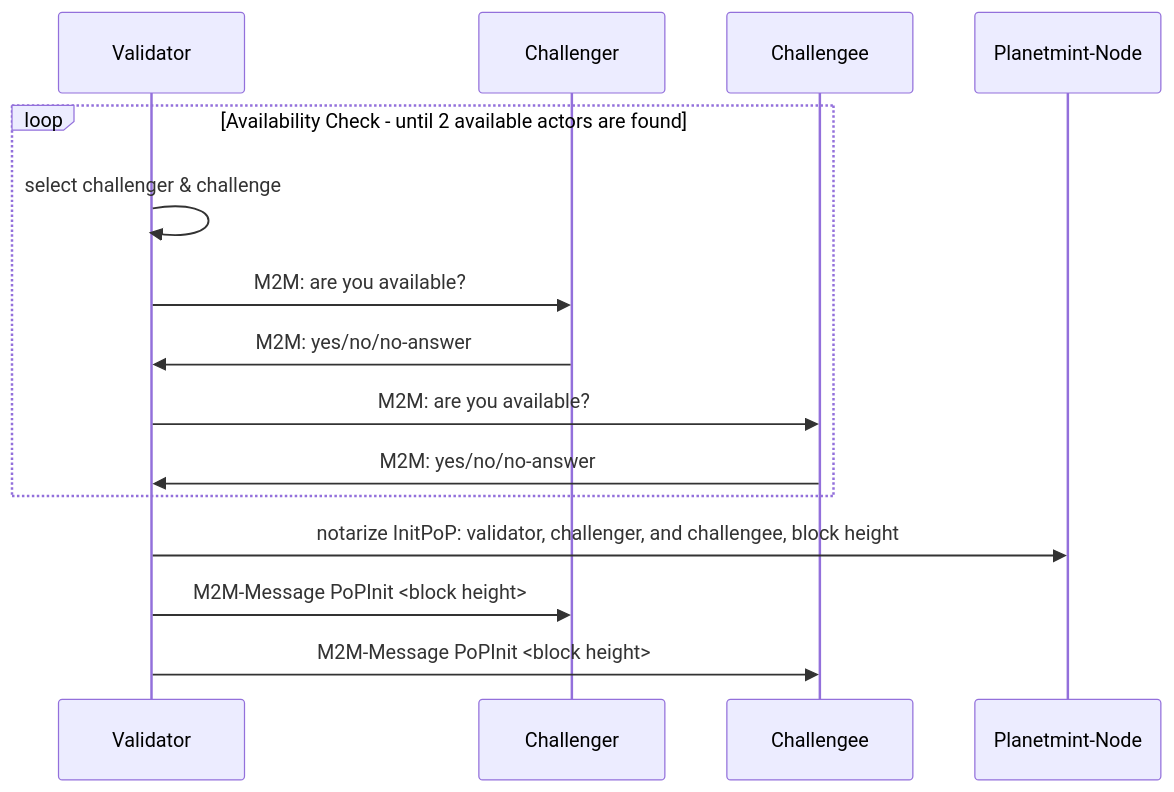
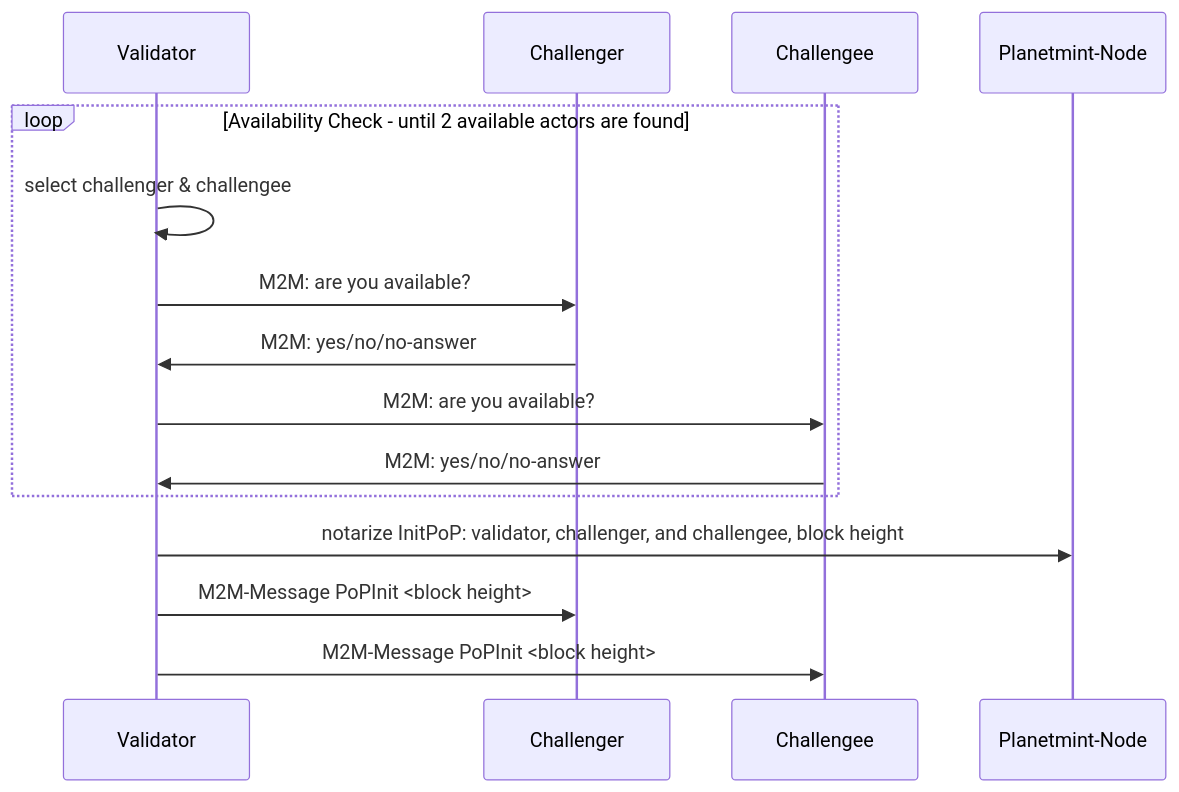
Before and after one commit to rddl-network/docs: the diagram in basics/proof-of-productivity/actor-selection.md, drawn with Mermaid. The commit also changed 20 other files, not shown here.

````diff
--- a/basics/proof-of-productivity/actor-selection.md
+++ b/basics/proof-of-productivity/actor-selection.md
@@ -18,18 +18,18 @@
 ```mermaid
 sequenceDiagram
 participant Validator
 participant Challenger
 participant Challengee
 Participant Planetmint-Node
 
 loop Availability Check - until 2 available actors are found
-Validator ->> Validator: select challenger & challenge
+Validator ->> Validator: select challenger & challengee
 Validator ->> Challenger: M2M: are you available?
 Challenger ->> Validator: M2M: yes/no/no-answer
 Validator ->> Challengee: M2M: are you available?
 Challengee ->> Validator: M2M: yes/no/no-answer
 end
 Validator ->> Planetmint-Node: notarize InitPoP: validator, challenger, and challengee, block height
 Validator ->> Challenger: M2M-Message PoPInit <block height>
 Validator ->> Challengee: M2M-Message PoPInit <block height>
 ```
````
